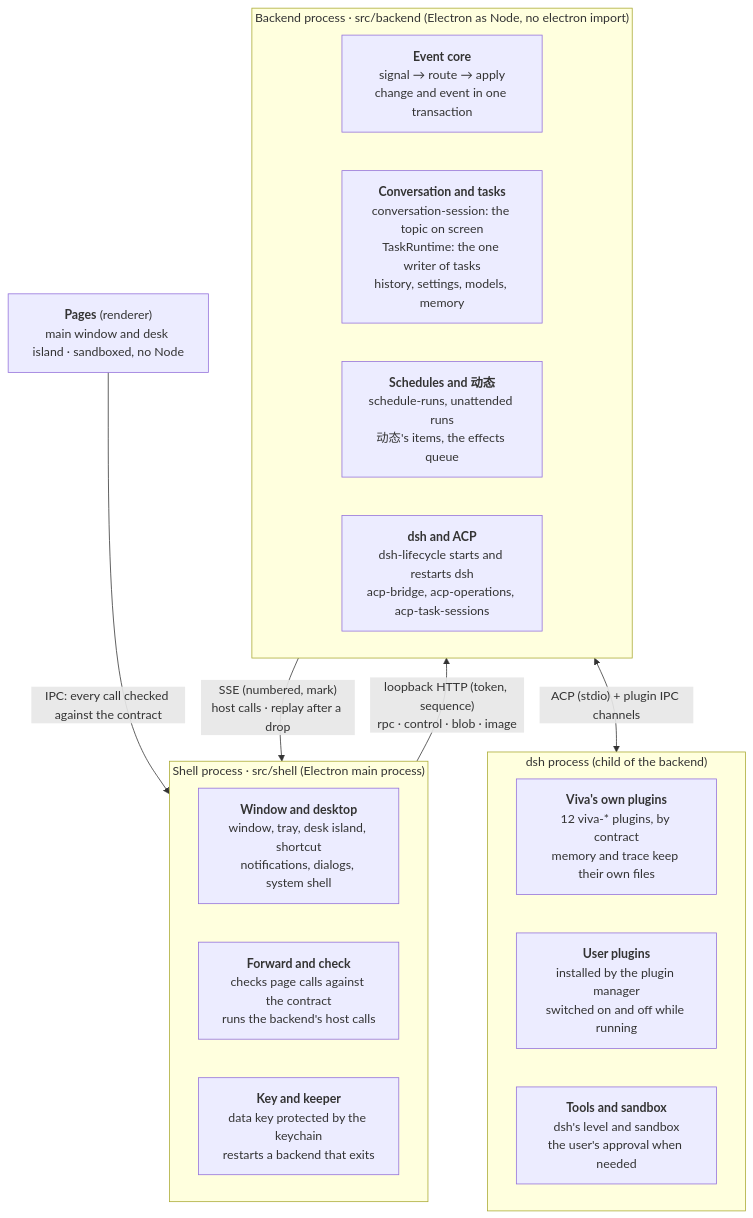
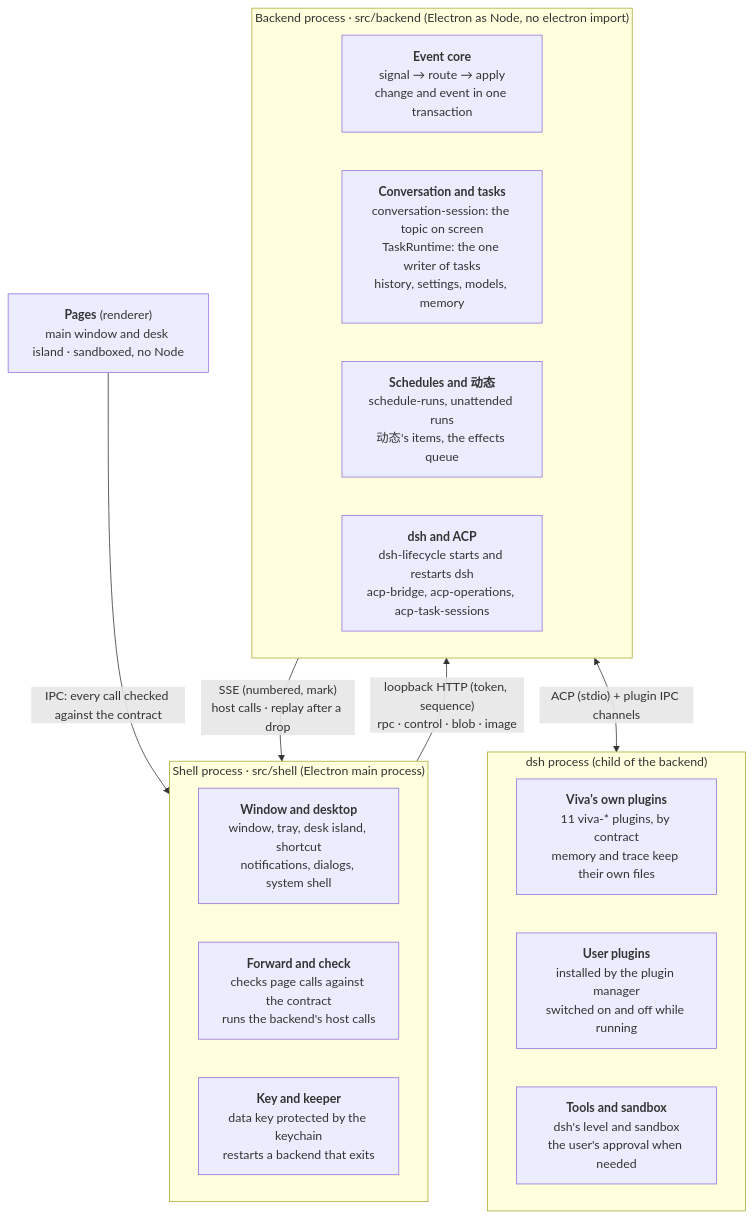
The diagram in docs/system-design.md (JNS0724/Viva), drawn with Mermaid before and after one commit. The commit also changed other lines of this file and 6 other files, not shown here.

````diff
--- a/docs/system-design.md
+++ b/docs/system-design.md
@@ -24,24 +24,24 @@
 ```mermaid
 flowchart TB
   pages["<b>Pages</b> (renderer)<br/>main window and desk island · sandboxed, no Node"]
   subgraph shell["Shell process · src/shell (Electron main process)"]
     s1["<b>Window and desktop</b><br/>window, tray, desk island, shortcut<br/>notifications, dialogs, system shell"]
     s2["<b>Forward and check</b><br/>checks page calls against the contract<br/>runs the backend's host calls"]
     s3["<b>Key and keeper</b><br/>data key protected by the keychain<br/>restarts a backend that exits"]
   end
   subgraph backend["Backend process · src/backend (Electron as Node, no electron import)"]
     b1["<b>Event core</b><br/>signal → route → apply<br/>change and event in one transaction"]
     b2["<b>Conversation and tasks</b><br/>conversation-session: the topic on screen<br/>TaskRuntime: the one writer of tasks<br/>history, settings, models, memory"]
     b3["<b>Schedules and 动态</b><br/>schedule-runs, unattended runs<br/>动态's items, the effects queue"]
     b4["<b>dsh and ACP</b><br/>dsh-lifecycle starts and restarts dsh<br/>acp-bridge, acp-operations, acp-task-sessions"]
   end
   subgraph dsh["dsh process (child of the backend)"]
-    d1["<b>Viva's own plugins</b><br/>12 viva-* plugins, by contract<br/>memory and trace keep their own files"]
+    d1["<b>Viva's own plugins</b><br/>11 viva-* plugins, by contract<br/>memory and trace keep their own files"]
     d2["<b>User plugins</b><br/>installed by the plugin manager<br/>switched on and off while running"]
     d3["<b>Tools and sandbox</b><br/>dsh's level and sandbox<br/>the user's approval when needed"]
   end
   pages -- "IPC: every call checked against the contract" --> shell
   shell -- "loopback HTTP (token, sequence)<br/>rpc · control · blob · image" --> backend
   backend -- "SSE (numbered, mark)<br/>host calls · replay after a drop" --> shell
   backend <-->|"ACP (stdio) + plugin IPC channels"| dsh
 ```
````
